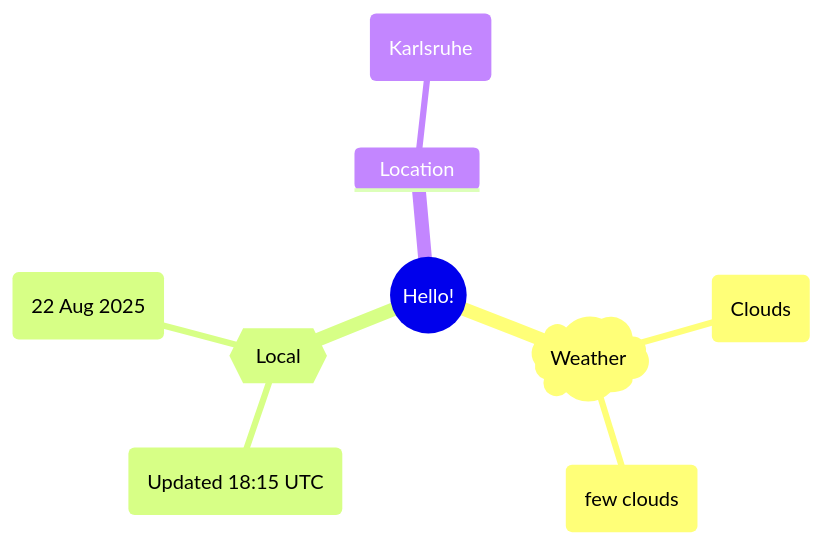
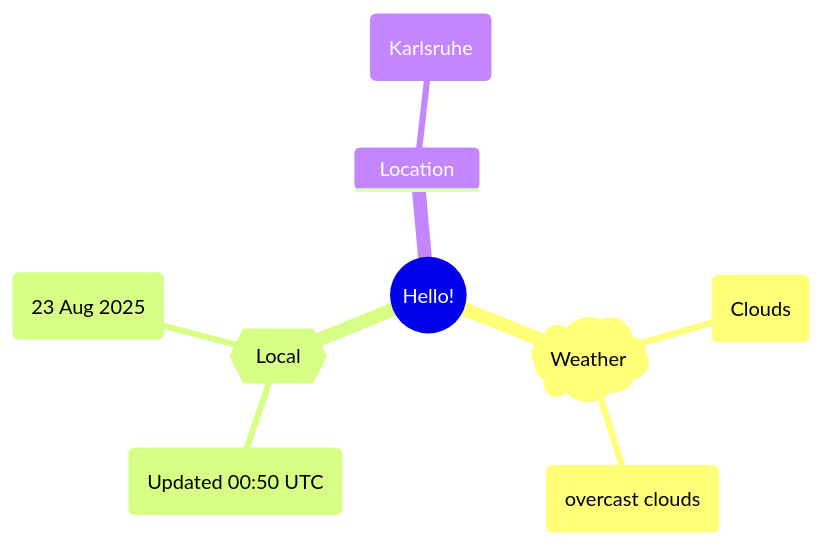
The first of 2 diagrams in README.md (Xosrov/Xosrov), drawn with Mermaid before and after one commit.

Commit message:
[bot] updated images

````diff
--- a/README.md
+++ b/README.md
@@ -3,12 +3,12 @@
 ```mermaid
 mindmap
   root((Hello!))
     )Weather(
         (Clouds)
-        (few clouds)
+        (overcast clouds)
     {{Local}}
-        (Updated 18:15 UTC)
-        (22 Aug 2025)
+        (Updated 00:50 UTC)
+        (23 Aug 2025)
     Location
         (Karlsruhe)
 ```
````
